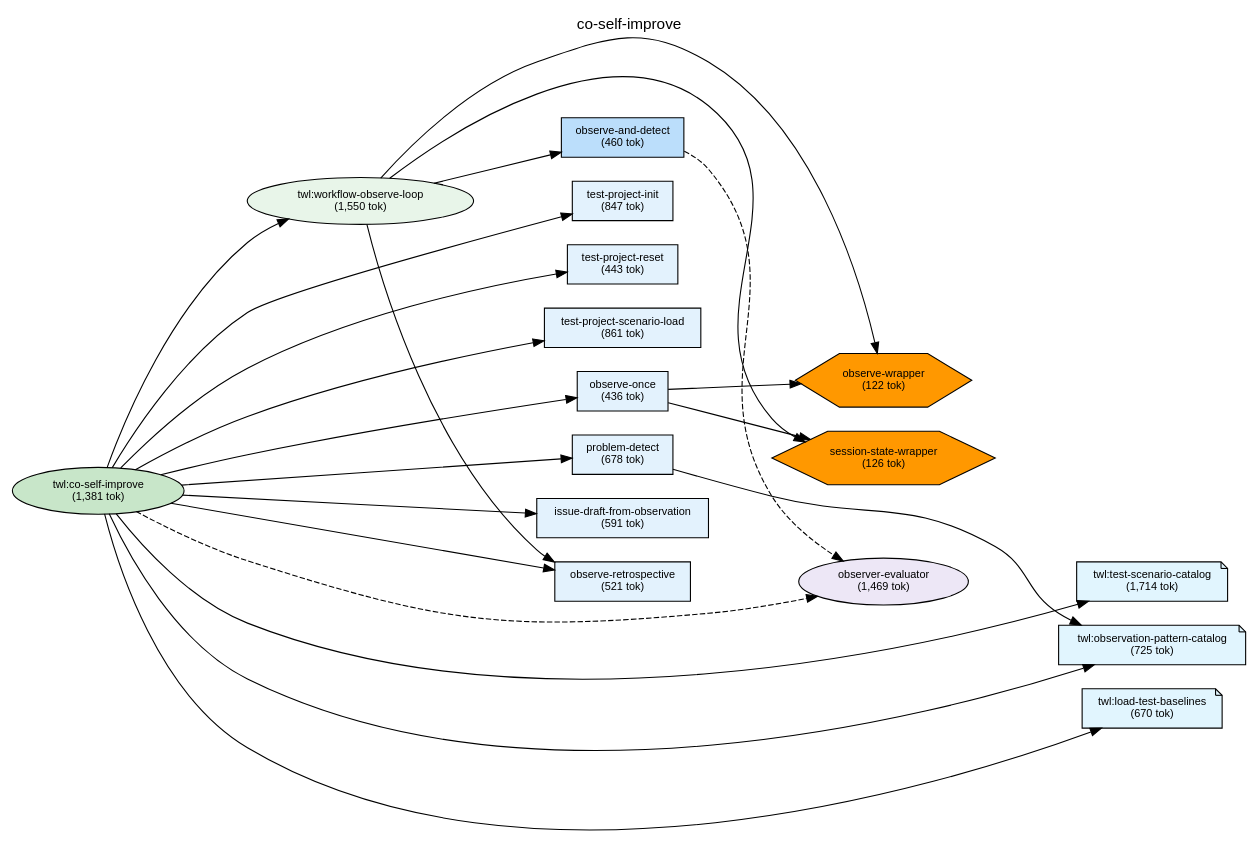
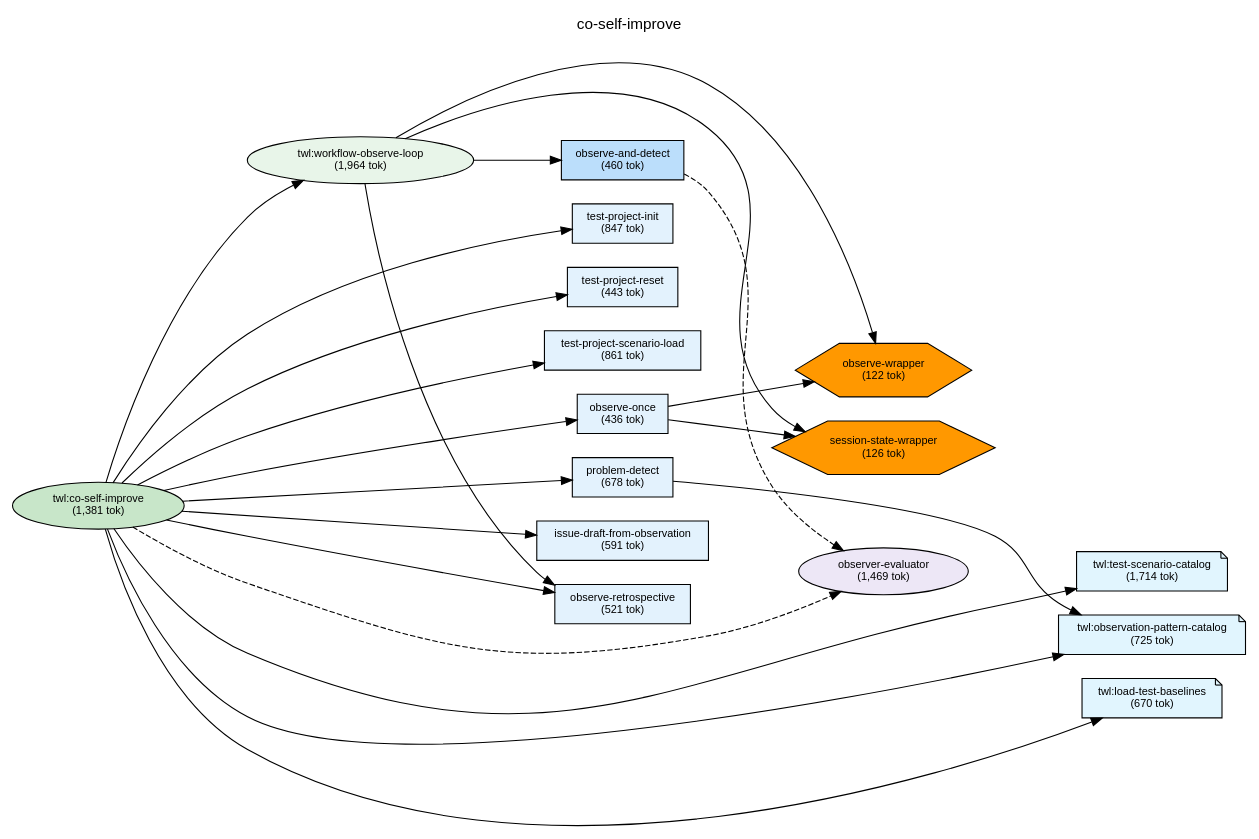
One commit to shuu5/twill changed the diagram in plugins/twl/docs/deps-co-self-improve.dot. Above: the diagram before and after it, drawn with Graphviz. The commit also changed 11 other files, not shown here.

```diff
--- a/plugins/twl/docs/deps-co-self-improve.dot
+++ b/plugins/twl/docs/deps-co-self-improve.dot
@@ -1,96 +1,97 @@
 digraph Dependencies {
     // Graph settings
     rankdir=LR;
     ranksep=0.8;
     nodesep=0.3;
     fontname="Helvetica";
     node [fontname="Helvetica", fontsize=10];
     edge [fontname="Helvetica", fontsize=9];
     label="co-self-improve";
     labelloc=t;
     fontsize=14;
 
     // L0: Controller Skills
     skill_co_self_improve [label="twl:co-self-improve\n(1,381 tok)", shape=ellipse, style=filled, fillcolor="#c8e6c9"];
 
     // L0: Launchers
 
     // L0.5: Workflow Skills
-    skill_workflow_observe_loop [label="twl:workflow-observe-loop\n(1,550 tok)", shape=ellipse, style=filled, fillcolor="#e8f5e9"];
+    skill_workflow_observe_loop [label="twl:workflow-observe-loop\n(1,964 tok)", shape=ellipse, style=filled, fillcolor="#e8f5e9"];
 
     // Reference Skills
     skill_test_scenario_catalog [label="twl:test-scenario-catalog\n(1,714 tok)", shape=note, style=filled, fillcolor="#e1f5fe"];
     skill_observation_pattern_catalog [label="twl:observation-pattern-catalog\n(725 tok)", shape=note, style=filled, fillcolor="#e1f5fe"];
     skill_load_test_baselines [label="twl:load-test-baselines\n(670 tok)", shape=note, style=filled, fillcolor="#e1f5fe"];
 
     // L1: Direct Commands
     cmd_observe_once [label="observe-once\n(436 tok)", shape=box, style=filled, fillcolor="#e3f2fd"];
     cmd_problem_detect [label="problem-detect\n(678 tok)", shape=box, style=filled, fillcolor="#e3f2fd"];
     cmd_issue_draft_from_observation [label="issue-draft-from-observation\n(591 tok)", shape=box, style=filled, fillcolor="#e3f2fd"];
     cmd_observe_and_detect [label="observe-and-detect\n(460 tok)", shape=box, style=filled, fillcolor="#bbdefb"];
     cmd_observe_retrospective [label="observe-retrospective\n(521 tok)", shape=box, style=filled, fillcolor="#e3f2fd"];
     cmd_test_project_init [label="test-project-init\n(847 tok)", shape=box, style=filled, fillcolor="#e3f2fd"];
     cmd_test_project_reset [label="test-project-reset\n(443 tok)", shape=box, style=filled, fillcolor="#e3f2fd"];
     cmd_test_project_scenario_load [label="test-project-scenario-load\n(861 tok)", shape=box, style=filled, fillcolor="#e3f2fd"];
 
     // L2: Sub Commands
 
     // L3: Agents
     agent_observer_evaluator [label="observer-evaluator\n(1,469 tok)", shape=ellipse, style=filled, fillcolor="#ede7f6"];
 
     // L3.5: Scripts
     script_observe_wrapper [label="observe-wrapper\n(122 tok)", shape=hexagon, style=filled, fillcolor="#FF9800"];
     script_session_state_wrapper [label="session-state-wrapper\n(126 tok)", shape=hexagon, style=filled, fillcolor="#FF9800"];
 
     // L4: External
 
     // Layer constraints
     { rank=same; skill_co_self_improve; }
     { rank=same; skill_workflow_observe_loop; }
     { rank=same; skill_test_scenario_catalog; skill_observation_pattern_catalog; skill_load_test_baselines; }
     { rank=same; cmd_observe_once; cmd_problem_detect; cmd_issue_draft_from_observation; cmd_observe_and_detect; cmd_observe_retrospective; cmd_test_project_init; cmd_test_project_reset; cmd_test_project_scenario_load; }
     { rank=same; agent_observer_evaluator; }
     { rank=same; script_observe_wrapper; script_session_state_wrapper; }
 
     // Edges
     skill_co_self_improve -> skill_workflow_observe_loop;
     skill_co_self_improve -> cmd_test_project_init;
     skill_co_self_improve -> cmd_test_project_reset;
     skill_co_self_improve -> cmd_test_project_scenario_load;
     skill_co_self_improve -> cmd_observe_once;
     skill_co_self_improve -> cmd_problem_detect;
     skill_co_self_improve -> cmd_issue_draft_from_observation;
     skill_co_self_improve -> cmd_observe_retrospective;
     skill_co_self_improve -> agent_observer_evaluator [style=dashed];
     skill_co_self_improve -> skill_test_scenario_catalog;
     skill_co_self_improve -> skill_observation_pattern_catalog;
     skill_co_self_improve -> skill_load_test_baselines;
     skill_workflow_observe_loop -> cmd_observe_and_detect;
     skill_workflow_observe_loop -> cmd_observe_retrospective;
     skill_workflow_observe_loop -> script_observe_wrapper;
     skill_workflow_observe_loop -> script_session_state_wrapper;
     cmd_observe_once -> script_observe_wrapper;
     cmd_observe_once -> script_session_state_wrapper;
     cmd_problem_detect -> skill_observation_pattern_catalog;
     cmd_observe_and_detect -> agent_observer_evaluator [style=dashed];
 
     // Ordering constraints (invisible edges)
     skill_workflow_observe_loop -> cmd_test_project_init [style=invis, weight=10];
     cmd_test_project_init -> cmd_test_project_reset [style=invis, weight=10];
     cmd_test_project_reset -> cmd_test_project_scenario_load [style=invis, weight=10];
     cmd_test_project_scenario_load -> cmd_observe_once [style=invis, weight=10];
     cmd_observe_once -> cmd_problem_detect [style=invis, weight=10];
     cmd_problem_detect -> cmd_issue_draft_from_observation [style=invis, weight=10];
     cmd_issue_draft_from_observation -> cmd_observe_retrospective [style=invis, weight=10];
     cmd_observe_retrospective -> agent_observer_evaluator [style=invis, weight=10];
     agent_observer_evaluator -> skill_test_scenario_catalog [style=invis, weight=10];
     skill_test_scenario_catalog -> skill_observation_pattern_catalog [style=invis, weight=10];
     skill_observation_pattern_catalog -> skill_load_test_baselines [style=invis, weight=10];
     cmd_observe_once -> cmd_problem_detect [style=invis, weight=10];
     cmd_problem_detect -> agent_observer_evaluator [style=invis, weight=10];
+    skill_observation_pattern_catalog -> skill_workflow_observe_loop [style=invis, weight=10];
     cmd_observe_and_detect -> cmd_observe_retrospective [style=invis, weight=10];
     cmd_observe_retrospective -> script_observe_wrapper [style=invis, weight=10];
     script_observe_wrapper -> script_session_state_wrapper [style=invis, weight=10];
     script_observe_wrapper -> script_session_state_wrapper [style=invis, weight=10];
 
 }
```
